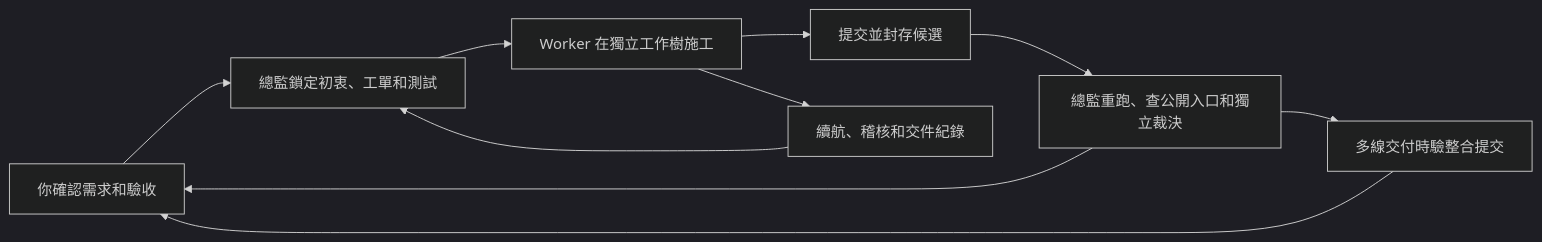
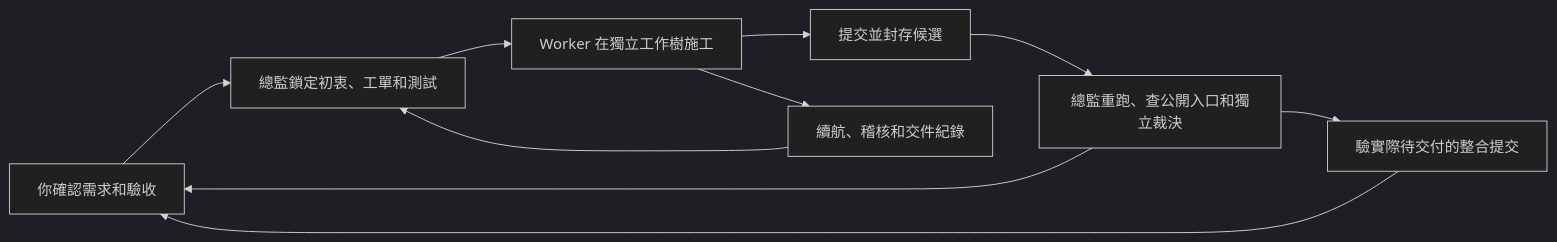
Before and after one commit to scottpuppylu/cdx-DIRECTOR-WORKER: the diagram in README.md, drawn with Mermaid (dark theme). The commit also changed other lines of this file and 2 other files, not shown here.

````diff
--- a/README.md
+++ b/README.md
@@ -30,12 +37,12 @@
 ```mermaid
 flowchart LR
     PO["你確認需求和驗收"] --> D["總監鎖定初衷、工單和測試"]
     D --> W["Worker 在獨立工作樹施工"]
     W --> C["提交並封存候選"]
     C --> R["總監重跑、查公開入口和獨立裁決"]
-    R --> I["多線交付時驗整合提交"]
+    R --> I["驗實際待交付的整合提交"]
     R --> PO
     I --> PO
     W --> S["續航、稽核和交件紀錄"]
     S --> D
 ```
````
